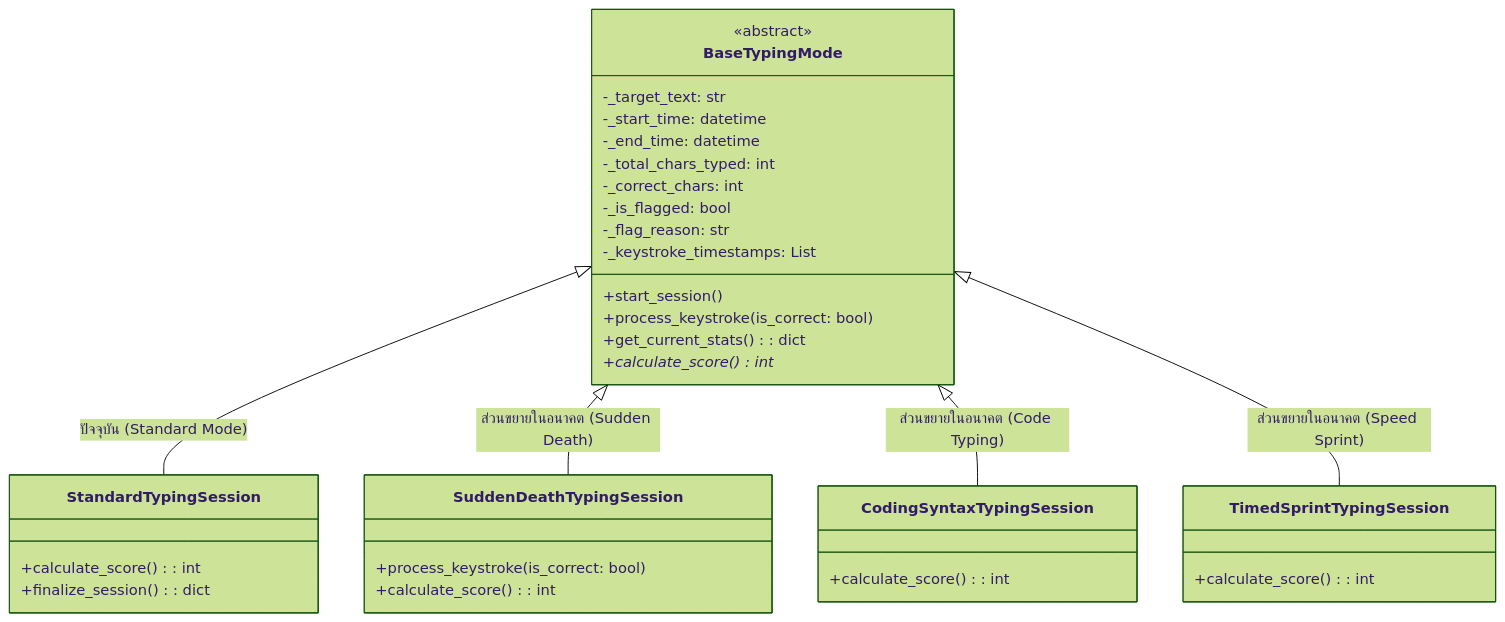
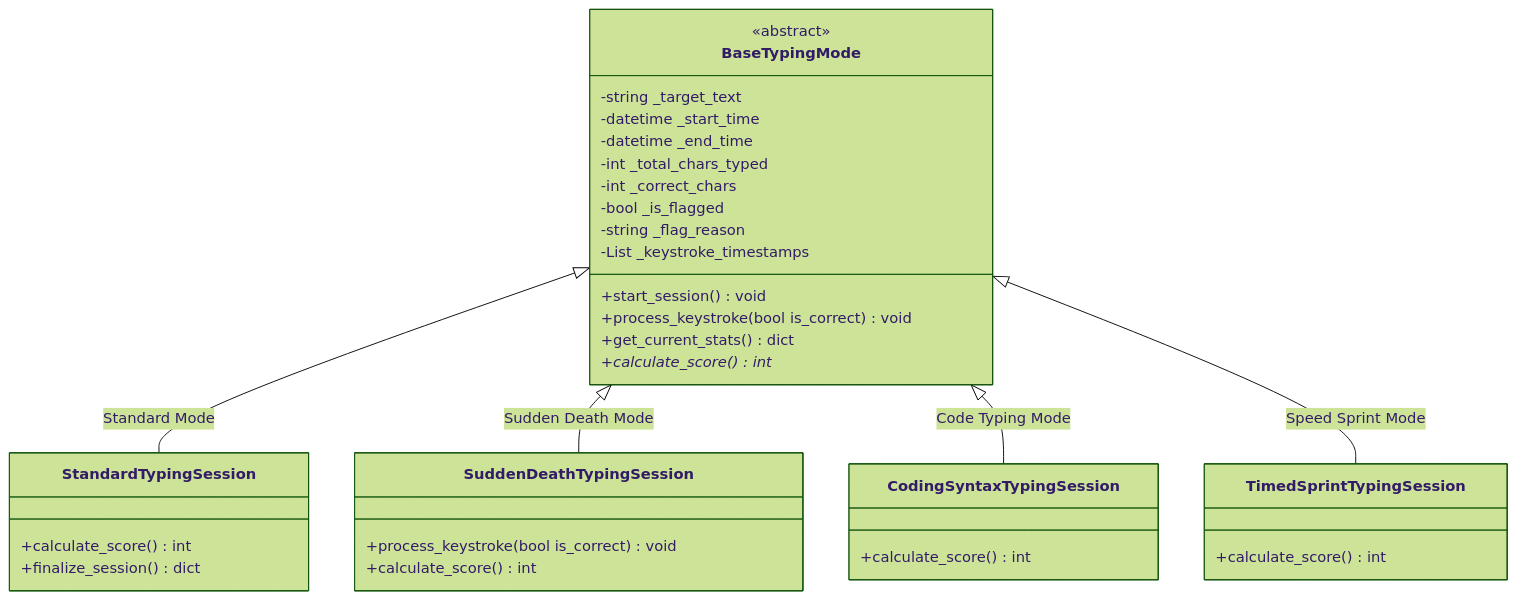
The second of 3 diagrams in docs/PROJECT_STRUCTURE_AND_FUNCTION_REFERENCE.md (Teamproject-SDD2-SEC1-2569/OOP-SDD2-type), drawn with Mermaid (forest theme) before and after one commit. The commit also changed 1 other file, not shown here.

Commit message:
fix(docs): standardise Mermaid classDiagram syntax to resolve GitHub parser error

````diff
--- a/docs/PROJECT_STRUCTURE_AND_FUNCTION_REFERENCE.md
+++ b/docs/PROJECT_STRUCTURE_AND_FUNCTION_REFERENCE.md
@@ -263,41 +263,41 @@
 ```mermaid
 classDiagram
     class BaseTypingMode {
         <<abstract>>
-        -_target_text: str
-        -_start_time: datetime
-        -_end_time: datetime
-        -_total_chars_typed: int
-        -_correct_chars: int
-        -_is_flagged: bool
-        -_flag_reason: str
-        -_keystroke_timestamps: List
-        +start_session()
-        +process_keystroke(is_correct: bool)
-        +get_current_stats(): dict
+        -string _target_text
+        -datetime _start_time
+        -datetime _end_time
+        -int _total_chars_typed
+        -int _correct_chars
+        -bool _is_flagged
+        -string _flag_reason
+        -List _keystroke_timestamps
+        +start_session() void
+        +process_keystroke(bool is_correct) void
+        +get_current_stats() dict
         +calculate_score()* int
     }
 
     class StandardTypingSession {
-        +calculate_score(): int
-        +finalize_session(): dict
+        +calculate_score() int
+        +finalize_session() dict
     }
 
     class SuddenDeathTypingSession {
-        +process_keystroke(is_correct: bool)
-        +calculate_score(): int
+        +process_keystroke(bool is_correct) void
+        +calculate_score() int
     }
 
     class CodingSyntaxTypingSession {
-        +calculate_score(): int
+        +calculate_score() int
     }
 
     class TimedSprintTypingSession {
-        +calculate_score(): int
+        +calculate_score() int
     }
 
-    BaseTypingMode <|-- StandardTypingSession : ปัจจุบัน (Standard Mode)
-    BaseTypingMode <|-- SuddenDeathTypingSession : ส่วนขยายในอนาคต (Sudden Death)
-    BaseTypingMode <|-- CodingSyntaxTypingSession : ส่วนขยายในอนาคต (Code Typing)
-    BaseTypingMode <|-- TimedSprintTypingSession : ส่วนขยายในอนาคต (Speed Sprint)
+    BaseTypingMode <|-- StandardTypingSession : Standard Mode
+    BaseTypingMode <|-- SuddenDeathTypingSession : Sudden Death Mode
+    BaseTypingMode <|-- CodingSyntaxTypingSession : Code Typing Mode
+    BaseTypingMode <|-- TimedSprintTypingSession : Speed Sprint Mode
 ```
````
